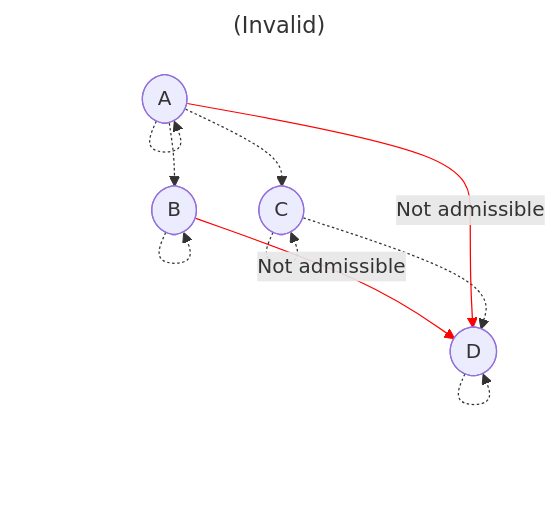
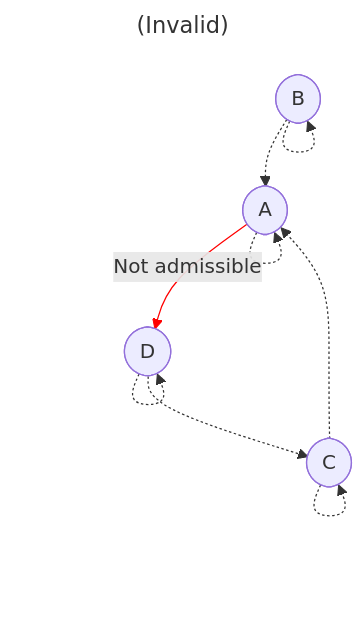
One commit to stepchowfun/proofs changed the seventh of 14 diagrams in proofs/AdmissibilityGraph/README.md. Above: the diagram before and after it, drawn with Mermaid. The commit also changed other lines of this file and 5 other files, not shown here.

Commit message:
Flip the direction of the parent-child edges in the admissibility graph development

````diff
--- a/proofs/AdmissibilityGraph/README.md
+++ b/proofs/AdmissibilityGraph/README.md
@@ -183,25 +184,23 @@
 ```mermaid
 ---
 title: (Invalid)
 ---
-flowchart TD
+flowchart TB
   a([A])
   b([B])
   c([C])
   d([D])
 
   a -.-> a
   b -.-> b
   c -.-> c
   d -.-> d
 
-  a -.-> b
-  a -.-> c
-  c -.-> d
+  b -.-> a
+  c -.-> a
+  d -.-> c
 
   a -->|Not admissible| d
-  b -->|Not admissible| d
 
   linkStyle 7 stroke:red
-  linkStyle 8 stroke:red
 ```
````
